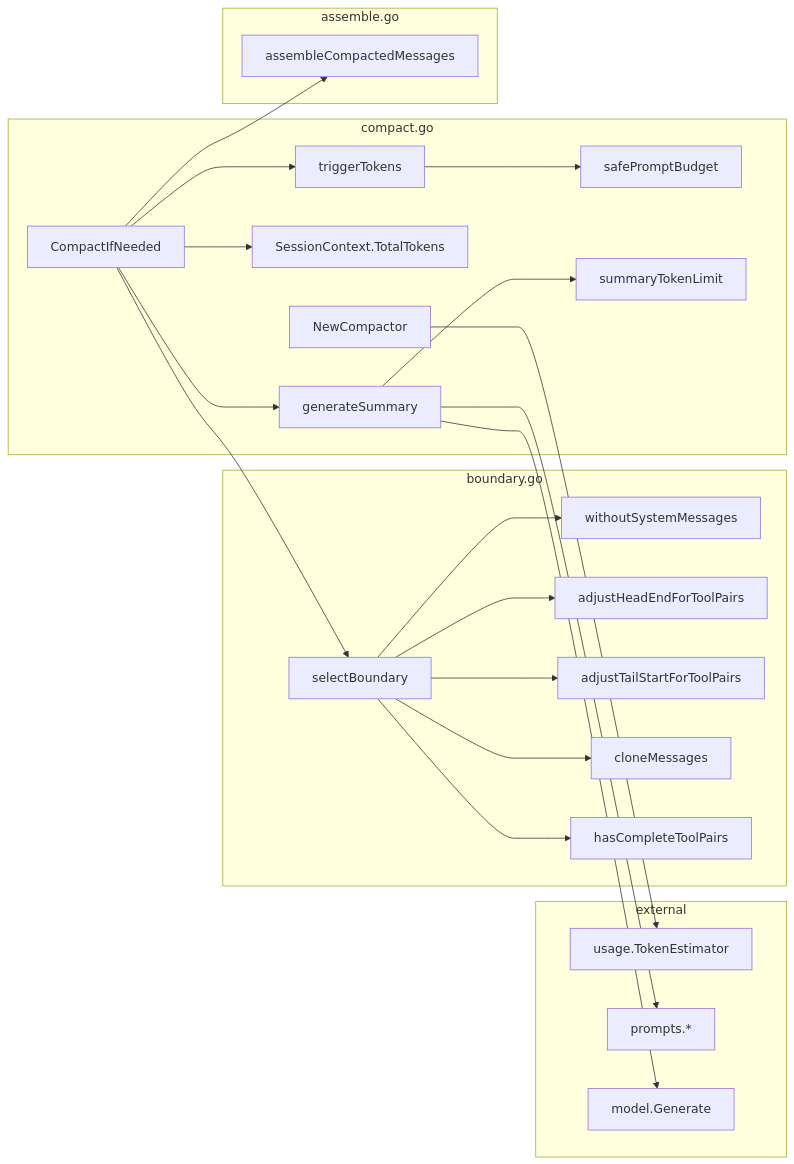
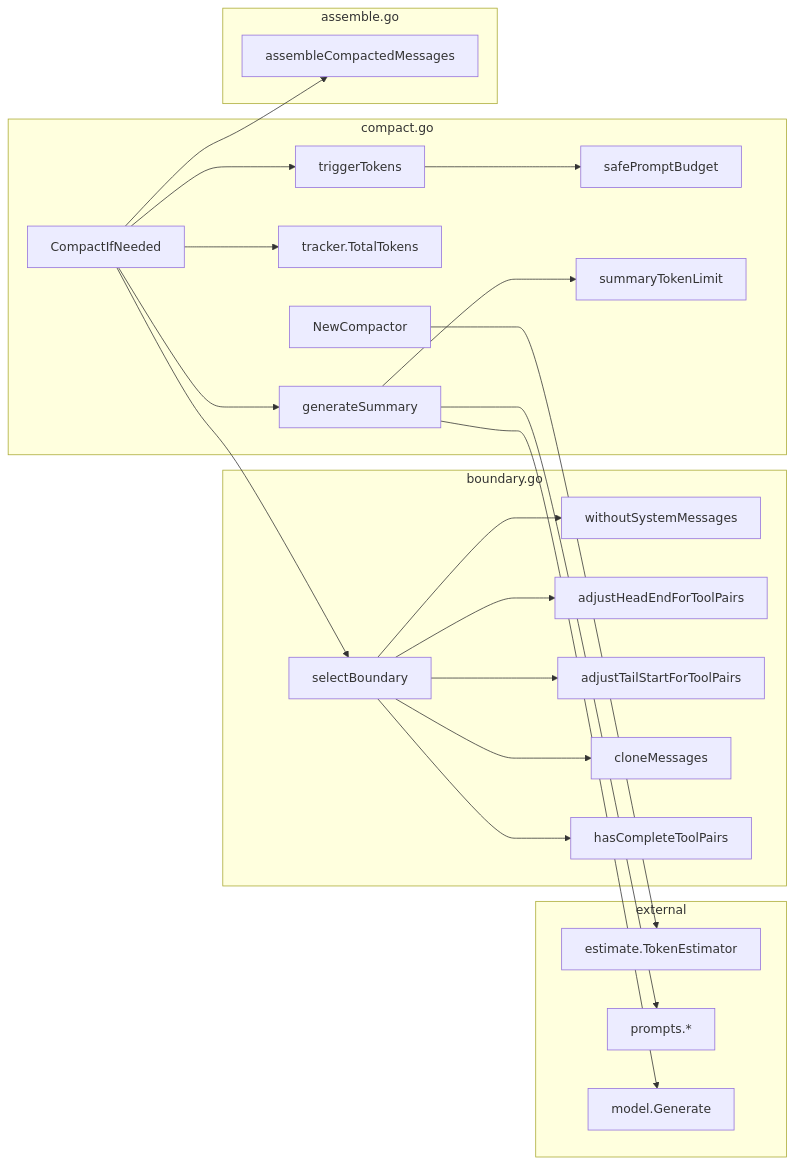
Before and after one commit to HappyLadySauce/HappyLadySauceCLI: the second of 2 diagrams in internal/context/compact/README.md, drawn with Mermaid. The commit also changed other lines of this file and 20 other files, not shown here.

````diff
--- a/internal/context/compact/README.md
+++ b/internal/context/compact/README.md
@@ -99,46 +99,46 @@
 ```mermaid
 flowchart LR
     subgraph compact.go
         NC[NewCompactor]
         CIN[CompactIfNeeded]
-        ST[SessionContext.TotalTokens]
+        ST[tracker.TotalTokens]
         TT[triggerTokens]
         SPB[safePromptBudget]
         STL[summaryTokenLimit]
         GS[generateSummary]
     end
 
     subgraph boundary.go
         SB[selectBoundary]
         WSM[withoutSystemMessages]
         AHE[adjustHeadEndForToolPairs]
         ATS[adjustTailStartForToolPairs]
         CM[cloneMessages]
         HCTP[hasCompleteToolPairs]
     end
 
     subgraph assemble.go
         ACM[assembleCompactedMessages]
     end
 
     subgraph external
-        TE[usage.TokenEstimator]
+        TE[estimate.TokenEstimator]
         PR[prompts.*]
         MD[model.Generate]
     end
 
     NC --> TE
     CIN --> ST
     CIN --> TT --> SPB
     CIN --> SB
     CIN --> GS --> STL
     GS --> PR
     GS --> MD
     CIN --> ACM
 
     SB --> WSM
     SB --> AHE
     SB --> ATS
     SB --> CM
     SB --> HCTP
 ```
````
